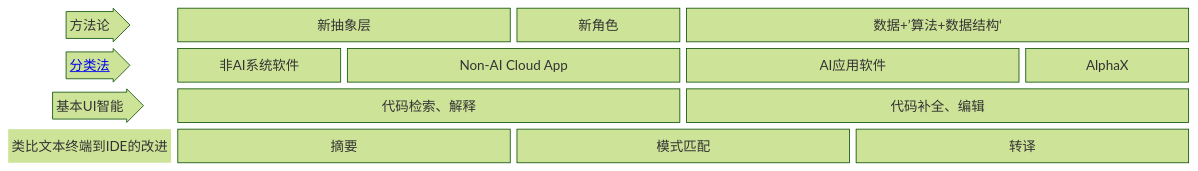
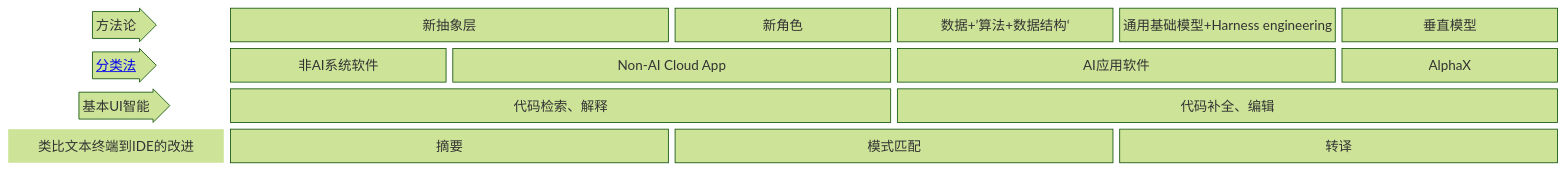
One commit to AI-LLM/ai4se_white_paper changed the diagram in README.md. Above: the diagram before and after it, drawn with Mermaid (forest theme).

````diff
--- a/README.md
+++ b/README.md
@@ -4,22 +4,24 @@
 ```mermaid
 block-beta
   columns 7
 
     A<["方法论"]>(right):1
     B1["新抽象层"]:2
     B2["新角色"]:1
-    C["数据+’算法+数据结构‘"]:3
+    C1["数据+’算法+数据结构‘"]:1
+    C2["通用基础模型+Harness engineering"]:1
+    C3["垂直模型"]:1
     D<["<a href='https://ai-llm.github.io/ai4se_white_paper/taxonomy/index.html'>分类法</a>"]>(right)
     E2["非AI系统软件"]:1
     E1["Non-AI Cloud App"]:2
     F1["AI应用软件"]:2
     F2["AlphaX"]:1
     G<["基本UI智能"]>(right):1
     H["代码检索、解释"]:3
     I["代码补全、编辑"]:3
     comment1["类比文本终端到IDE的改进"]
     style comment1 fill:rgb(0,0,0,0),stroke:rgb(0,0,0,0),stroke-width:0
     K["摘要"]:2
     J["模式匹配"]:2
     L["转译"]:2
 ```
````
